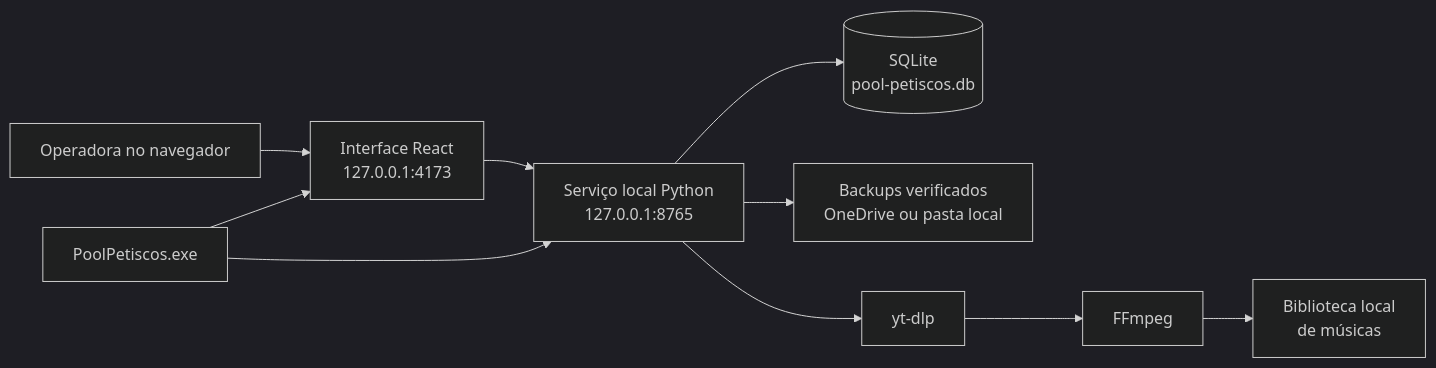
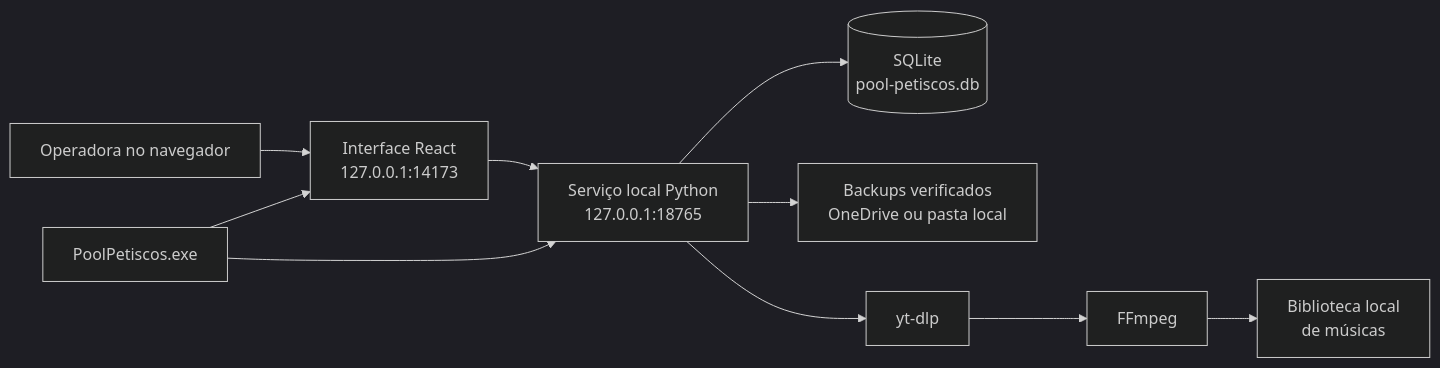
One commit to mayvzx/sistema-poolpetiscos changed the diagram in docs/architecture/ARQUITETURA.md. Above: the diagram before and after it, drawn with Mermaid (dark theme). The commit also changed other lines of this file and 13 other files, not shown here.

````diff
--- a/docs/architecture/ARQUITETURA.md
+++ b/docs/architecture/ARQUITETURA.md
@@ -9,12 +9,12 @@
 ```mermaid
 flowchart LR
-    O["Operadora no navegador"] --> UI["Interface React<br/>127.0.0.1:4173"]
-    UI --> API["Serviço local Python<br/>127.0.0.1:8765"]
+    O["Operadora no navegador"] --> UI["Interface React<br/>127.0.0.1:14173"]
+    UI --> API["Serviço local Python<br/>127.0.0.1:18765"]
     API --> DB[("SQLite<br/>pool-petiscos.db")]
     API --> BK["Backups verificados<br/>OneDrive ou pasta local"]
     API --> YT["yt-dlp"]
     YT --> FF["FFmpeg"]
     FF --> MU["Biblioteca local<br/>de músicas"]
     LA["PoolPetiscos.exe"] --> UI
     LA --> API
 ```
````
